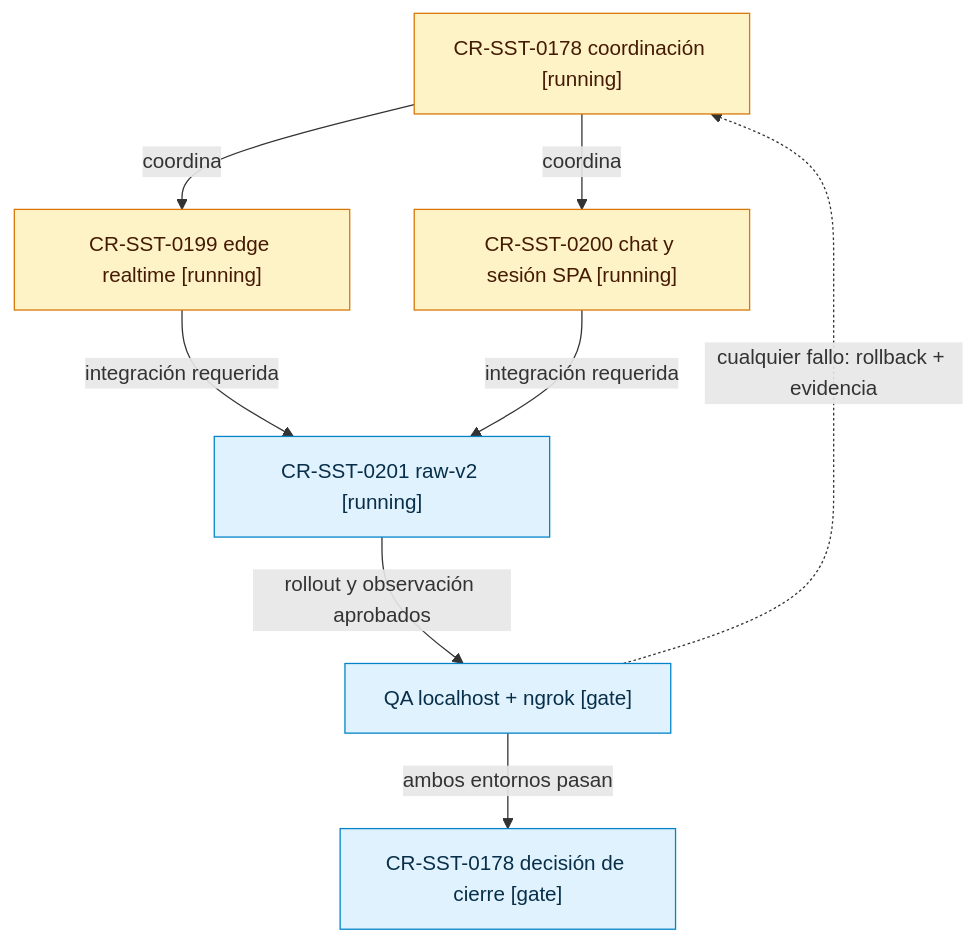
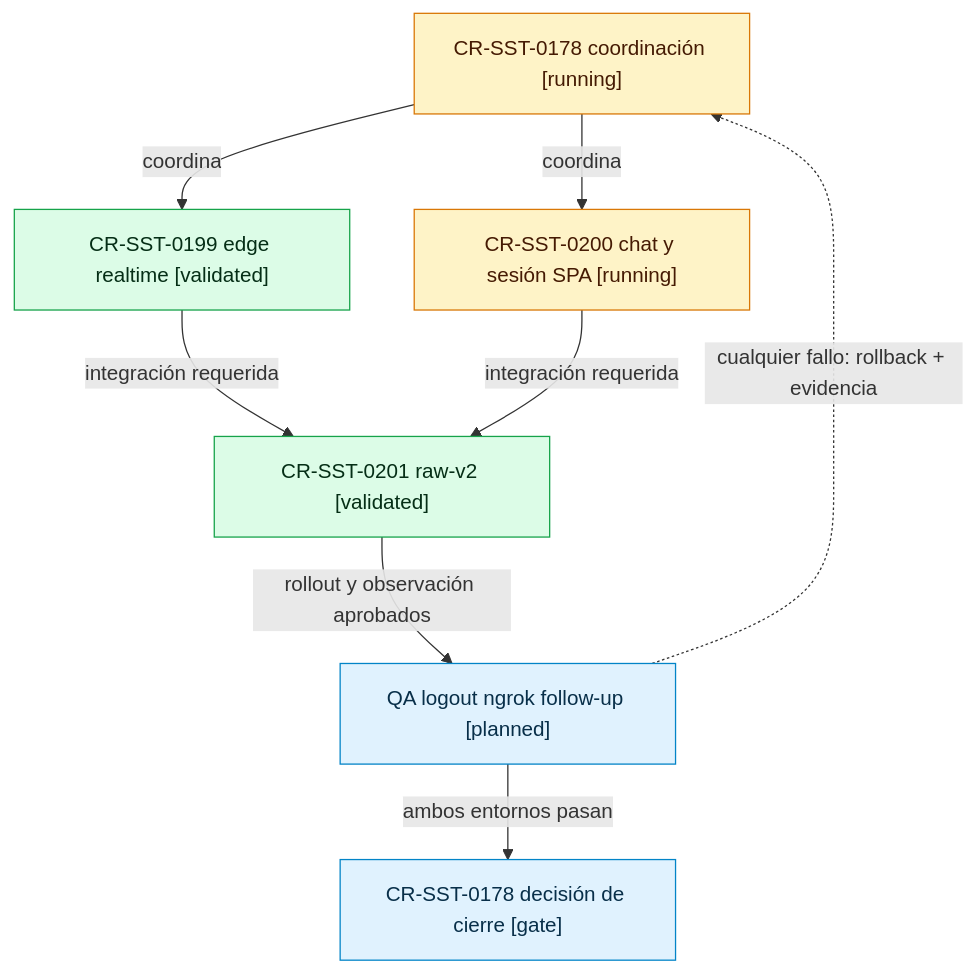
One commit to afpogo/4uentes-ards-control-plane changed the diagram in evidence/requests/CR-SST-0178/integrated-chat-raw-v2-plan-2026-08-21.md. Above: the diagram before and after it, drawn with Mermaid. The commit also changed other lines of this file and 14 other files, not shown here.

Commit message:
docs(sst): reconcile public ngrok validation

````diff
--- a/evidence/requests/CR-SST-0178/integrated-chat-raw-v2-plan-2026-08-21.md
+++ b/evidence/requests/CR-SST-0178/integrated-chat-raw-v2-plan-2026-08-21.md
@@ -27,22 +27,24 @@
 ```mermaid
 flowchart TD
     C["CR-SST-0178 coordinación [running]"]
-    E["CR-SST-0199 edge realtime [running]"]
+    E["CR-SST-0199 edge realtime [validated]"]
     U["CR-SST-0200 chat y sesión SPA [running]"]
-    R["CR-SST-0201 raw-v2 [running]"]
-    Q["QA localhost + ngrok [gate]"]
+    R["CR-SST-0201 raw-v2 [validated]"]
+    Q["QA logout ngrok follow-up [planned]"]
     X["CR-SST-0178 decisión de cierre [gate]"]
 
     C -->|"coordina"| E
     C -->|"coordina"| U
     E -->|"integración requerida"| R
     U -->|"integración requerida"| R
     R -->|"rollout y observación aprobados"| Q
     Q -->|"ambos entornos pasan"| X
     Q -.->|"cualquier fallo: rollback + evidencia"| C
 
     classDef running fill:#fef3c7,stroke:#d97706,color:#451a03
     classDef planned fill:#e0f2fe,stroke:#0284c7,color:#082f49
-    class C,E,U running
-    class R,Q,X planned
+    classDef done fill:#dcfce7,stroke:#16a34a,color:#052e16
+    class C,U running
+    class Q,X planned
+    class E,R done
 ```
````
